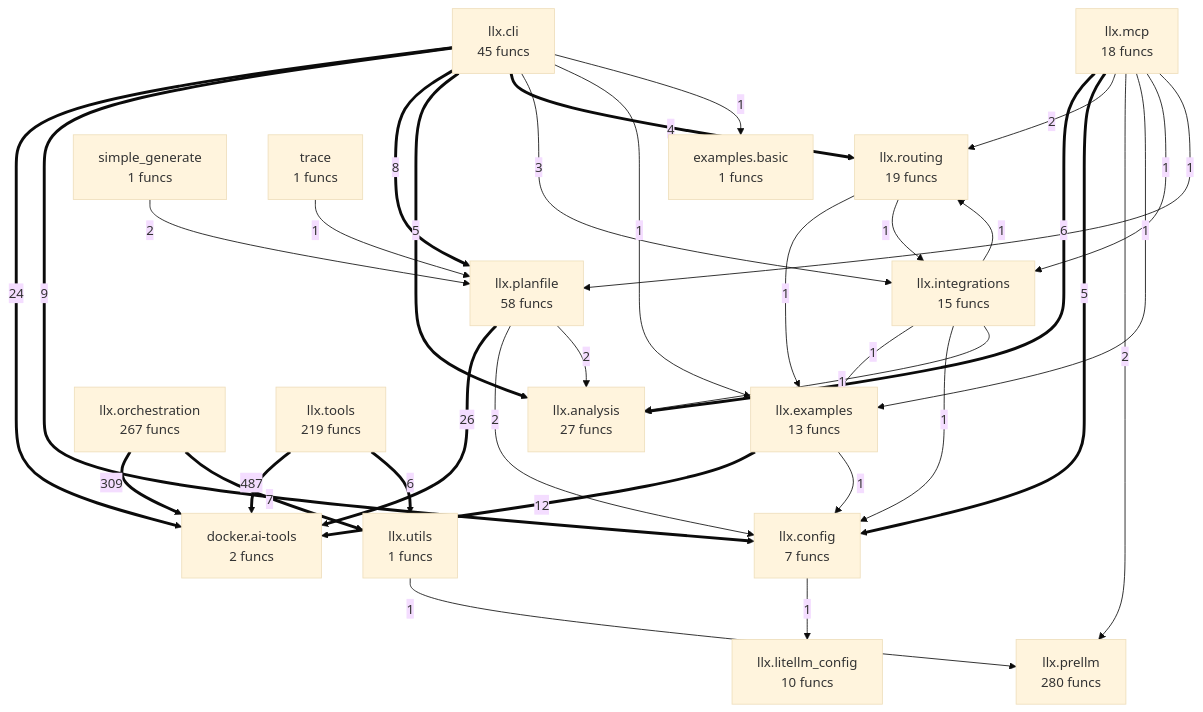
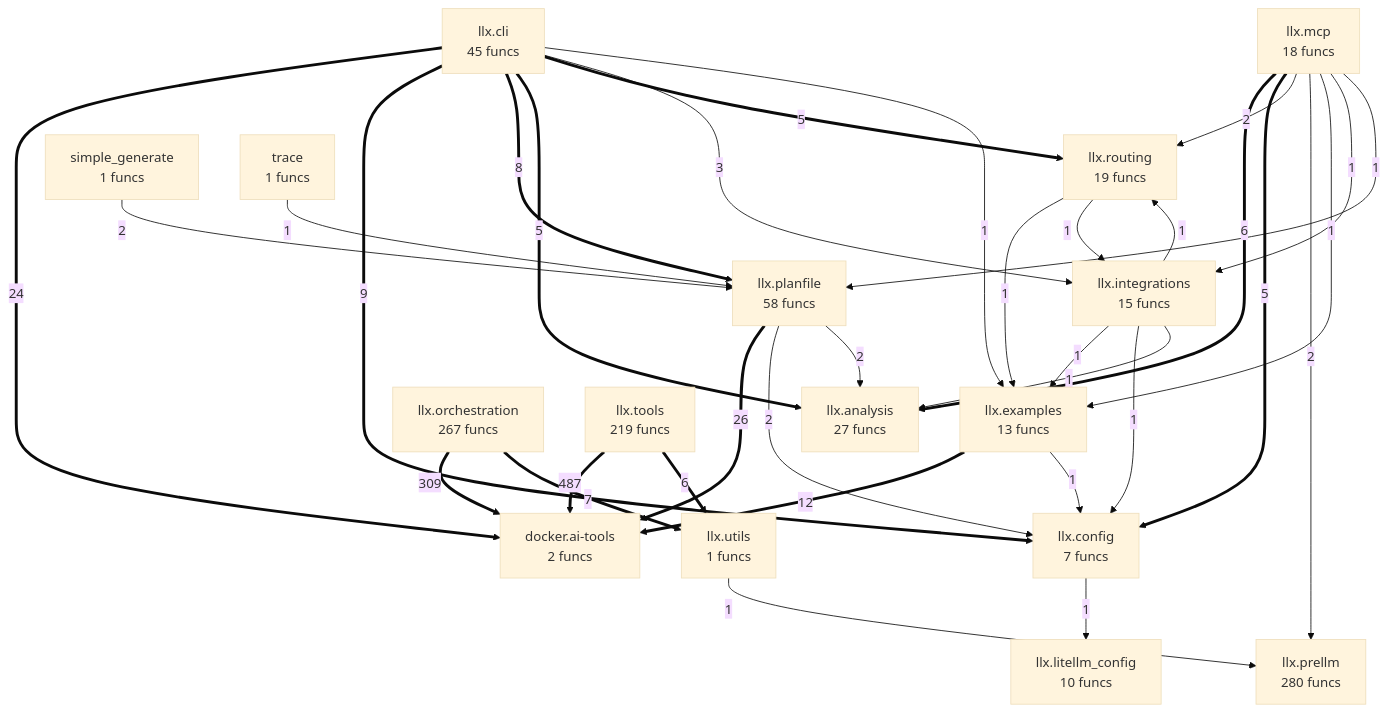
The diagram in project/compact_flow.mmd (semcod/llx), drawn with Mermaid (base theme) before and after one commit. The commit also changed 44 other files, not shown here.

```diff
--- a/project/compact_flow.mmd
+++ b/project/compact_flow.mmd
@@ -1,52 +1,50 @@
 flowchart TD
     docker__ai_tools["docker.ai-tools<br/>2 funcs"]
-    examples__basic["examples.basic<br/>1 funcs"]
     llx__analysis["llx.analysis<br/>27 funcs"]
     llx__cli["llx.cli<br/>45 funcs"]
     llx__config["llx.config<br/>7 funcs"]
     llx__examples["llx.examples<br/>13 funcs"]
     llx__integrations["llx.integrations<br/>15 funcs"]
     llx__litellm_config["llx.litellm_config<br/>10 funcs"]
     llx__mcp["llx.mcp<br/>18 funcs"]
     llx__orchestration["llx.orchestration<br/>267 funcs"]
     llx__planfile["llx.planfile<br/>58 funcs"]
     llx__prellm["llx.prellm<br/>280 funcs"]
     llx__routing["llx.routing<br/>19 funcs"]
     llx__tools["llx.tools<br/>219 funcs"]
     llx__utils["llx.utils<br/>1 funcs"]
     simple_generate["simple_generate<br/>1 funcs"]
     trace["trace<br/>1 funcs"]
     llx__tools ==>|487| docker__ai_tools
     llx__orchestration ==>|309| docker__ai_tools
     llx__planfile ==>|26| docker__ai_tools
     llx__cli ==>|24| docker__ai_tools
     llx__examples ==>|12| docker__ai_tools
     llx__cli ==>|9| llx__config
     llx__cli ==>|8| llx__planfile
     llx__orchestration ==>|7| llx__utils
     llx__tools ==>|6| llx__utils
     llx__mcp ==>|6| llx__analysis
     llx__cli ==>|5| llx__analysis
+    llx__cli ==>|5| llx__routing
     llx__mcp ==>|5| llx__config
-    llx__cli ==>|4| llx__routing
     llx__cli -->|3| llx__integrations
     simple_generate -->|2| llx__planfile
     llx__planfile -->|2| llx__config
     llx__planfile -->|2| llx__analysis
     llx__mcp -->|2| llx__routing
     llx__mcp -->|2| llx__prellm
     trace -->|1| llx__planfile
     llx__examples -->|1| llx__config
     llx__config -->|1| llx__litellm_config
+    llx__cli -->|1| llx__examples
     llx__utils -->|1| llx__prellm
+    llx__mcp -->|1| llx__examples
+    llx__mcp -->|1| llx__integrations
+    llx__mcp -->|1| llx__planfile
     llx__integrations -->|1| llx__examples
     llx__integrations -->|1| llx__config
     llx__integrations -->|1| llx__analysis
     llx__integrations -->|1| llx__routing
-    llx__mcp -->|1| llx__examples
-    llx__mcp -->|1| llx__integrations
-    llx__mcp -->|1| llx__planfile
     llx__routing -->|1| llx__examples
     llx__routing -->|1| llx__integrations
-    llx__cli -->|1| llx__examples
-    llx__cli -->|1| examples__basic
```
